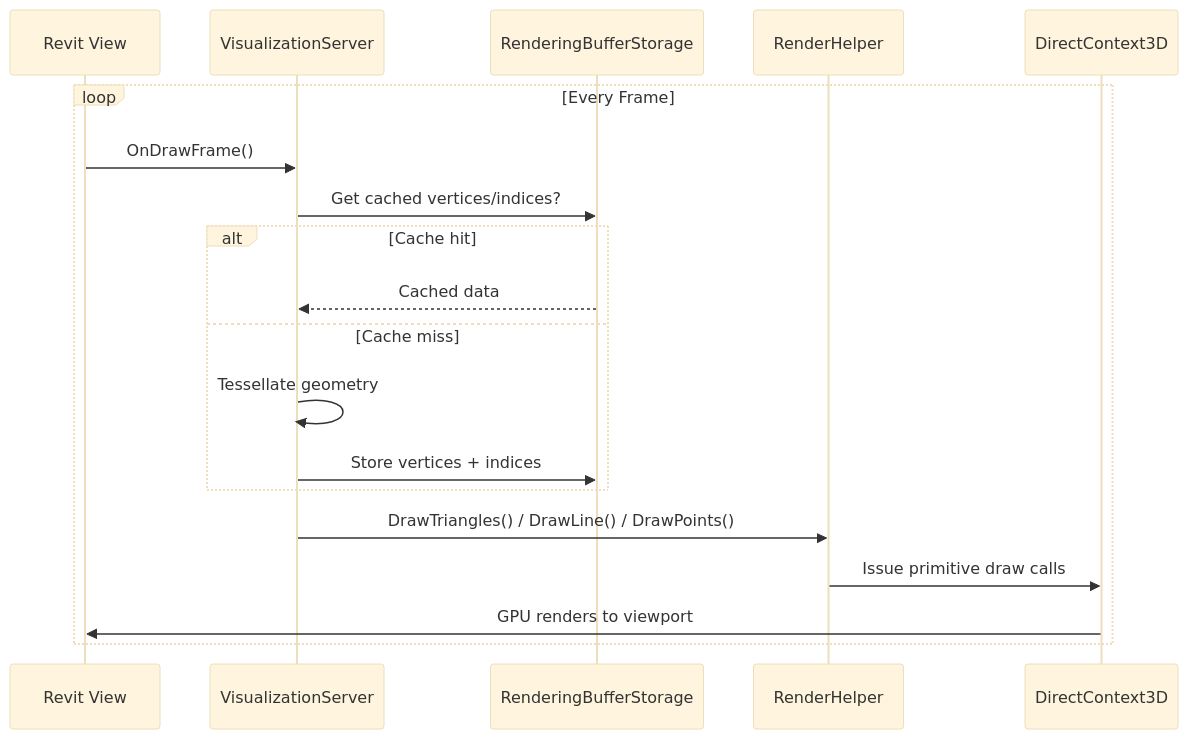
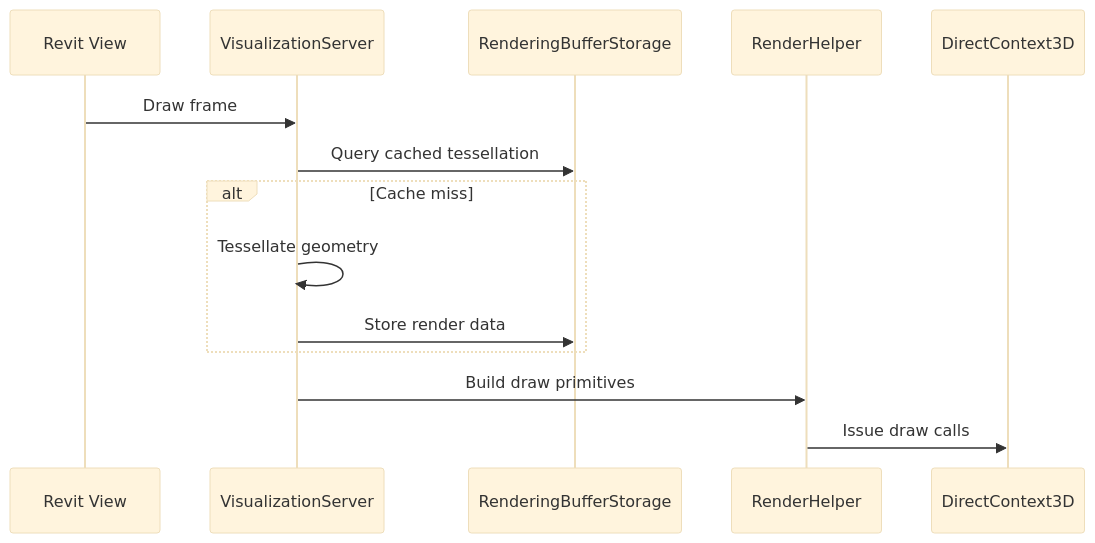
Before and after one commit to trgiangv/RevitDevTool: the second of 2 diagrams in docs/Visualization/README.md, drawn with Mermaid (base theme). The commit also changed other lines of this file and 62 other files, not shown here.

First line of the commit message:
docs(agents): update documentation for module architecture and execution system

````diff
--- a/docs/Visualization/README.md
+++ b/docs/Visualization/README.md
@@ -120,22 +65,17 @@
 ```mermaid
 sequenceDiagram
     participant Revit as Revit View
     participant Server as VisualizationServer
     participant Buffer as RenderingBufferStorage
     participant Helper as RenderHelper
     participant DC3D as DirectContext3D
 
-    loop Every Frame
-        Revit->>Server: OnDrawFrame()
-        Server->>Buffer: Get cached vertices/indices?
-        alt Cache hit
-            Buffer-->>Server: Cached data
-        else Cache miss
-            Server->>Server: Tessellate geometry
-            Server->>Buffer: Store vertices + indices
-        end
-        Server->>Helper: DrawTriangles() / DrawLine() / DrawPoints()
-        Helper->>DC3D: Issue primitive draw calls
-        DC3D->>Revit: GPU renders to viewport
+    Revit->>Server: Draw frame
+    Server->>Buffer: Query cached tessellation
+    alt Cache miss
+        Server->>Server: Tessellate geometry
+        Server->>Buffer: Store render data
     end
+    Server->>Helper: Build draw primitives
+    Helper->>DC3D: Issue draw calls
 ```
````
